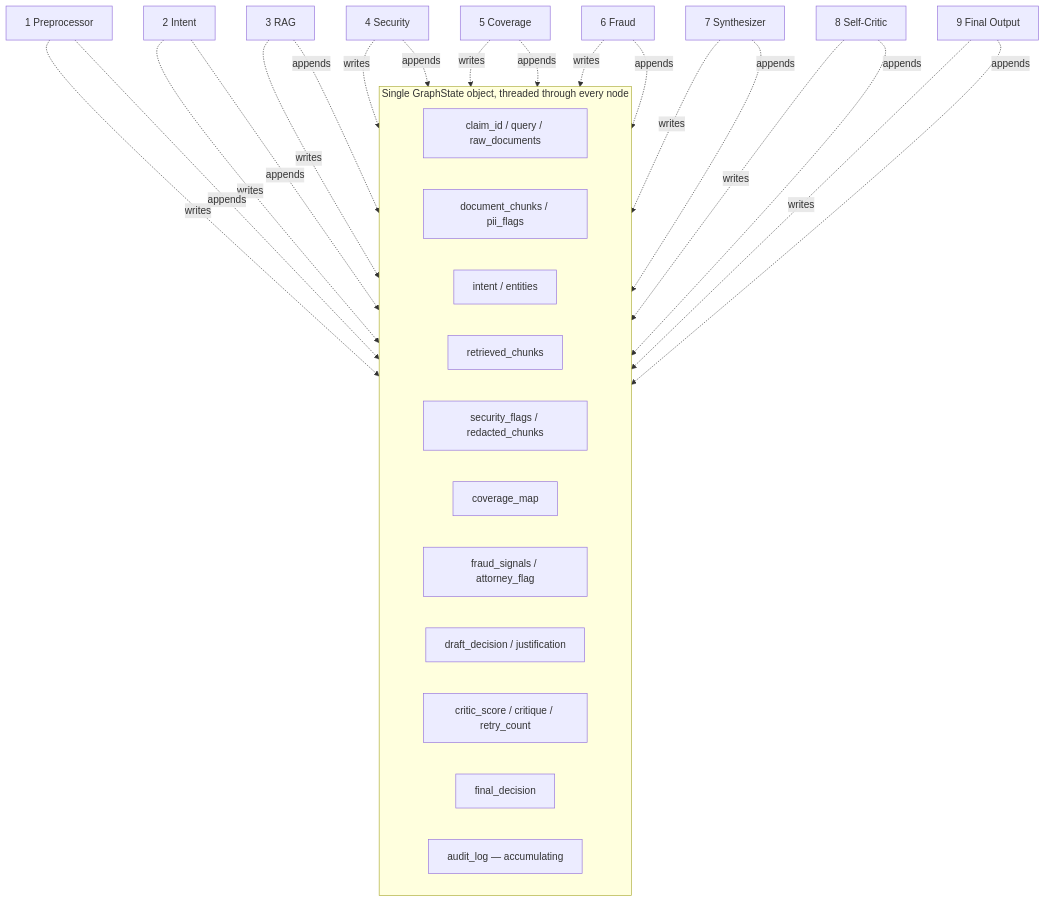
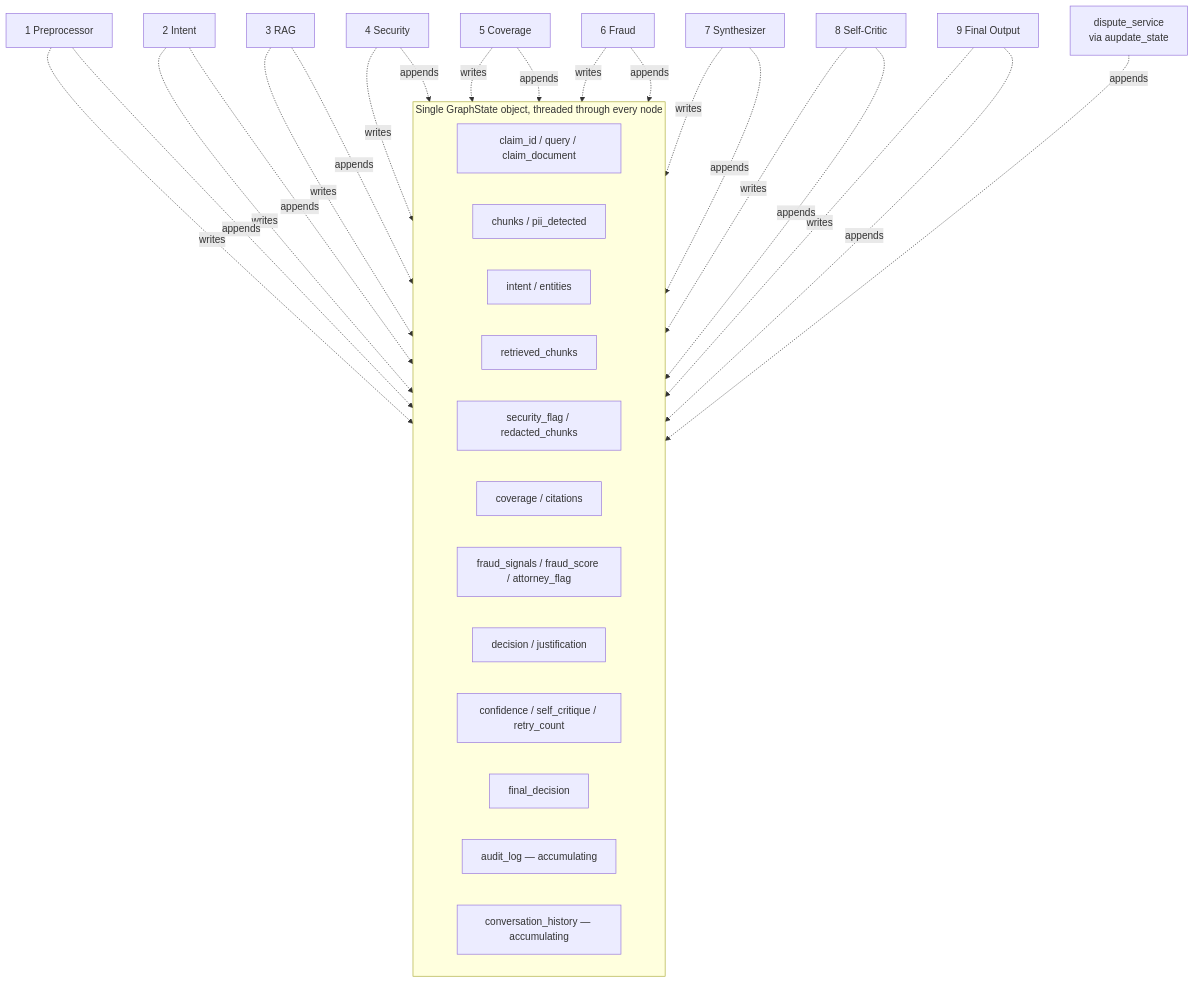
Before and after one commit to haritejan955-ux/Juneproect: the sixth of 7 diagrams in docs/langgraph-design.md, drawn with Mermaid. The commit also changed other lines of this file and 20 other files, not shown here.

First line of the commit message:
Implement shared GraphState with requested field names, fully typed

````diff
--- a/docs/langgraph-design.md
+++ b/docs/langgraph-design.md
@@ -380,27 +428,29 @@
 ```mermaid
 flowchart TB
     subgraph State["Single GraphState object, threaded through every node"]
         direction LR
-        F1[claim_id / query / raw_documents]
-        F2[document_chunks / pii_flags]
+        F1[claim_id / query / claim_document]
+        F2[chunks / pii_detected]
         F3[intent / entities]
         F4[retrieved_chunks]
-        F5[security_flags / redacted_chunks]
-        F6[coverage_map]
-        F7[fraud_signals / attorney_flag]
-        F8[draft_decision / justification]
-        F9[critic_score / critique / retry_count]
+        F5[security_flag / redacted_chunks]
+        F6[coverage / citations]
+        F7[fraud_signals / fraud_score / attorney_flag]
+        F8[decision / justification]
+        F9[confidence / self_critique / retry_count]
         F10[final_decision]
         F11[audit_log — accumulating]
+        F12[conversation_history — accumulating]
     end
     N1[1 Preprocessor] -.writes.-> F2
     N2[2 Intent] -.writes.-> F3
     N3[3 RAG] -.writes.-> F4
     N4[4 Security] -.writes.-> F5
     N5[5 Coverage] -.writes.-> F6
     N6[6 Fraud] -.writes.-> F7
     N7[7 Synthesizer] -.writes.-> F8
     N8[8 Self-Critic] -.writes.-> F9
     N9[9 Final Output] -.writes.-> F10
     N1 & N2 & N3 & N4 & N5 & N6 & N7 & N8 & N9 -.appends.-> F11
+    DSVC[dispute_service<br/>via aupdate_state] -.appends.-> F12
 ```
````
